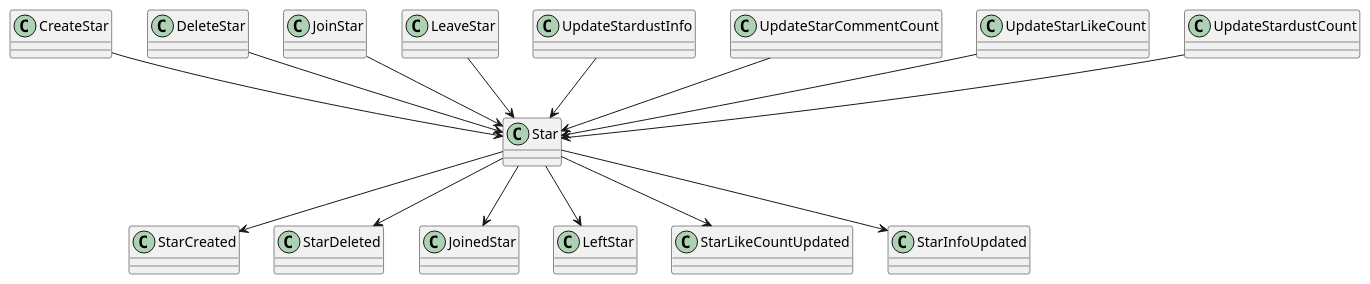
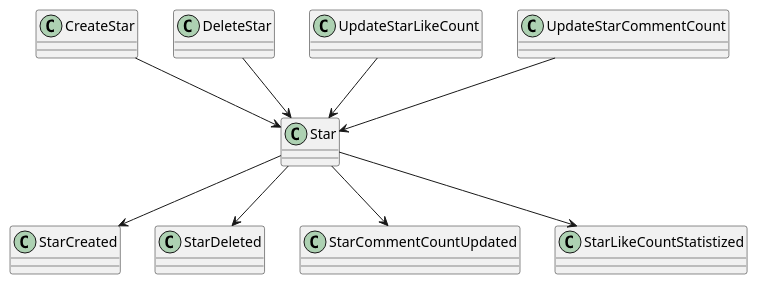
One commit to LDmoxeii/only4-KSP-cap4j changed the diagram in design/domain/star/relationCDE.puml. Above: the diagram before and after it, drawn with PlantUML. The commit also changed 26 other files, not shown here.

```diff
--- a/design/domain/star/relationCDE.puml
+++ b/design/domain/star/relationCDE.puml
@@ -1,18 +1,11 @@
 @startuml
 CreateStar                      -down-> Star
 DeleteStar                      -down-> Star
-JoinStar                        -down-> Star
-LeaveStar                       -down-> Star
-UpdateStardustInfo              -down-> Star
+UpdateStarLikeCount             -down-> Star
 UpdateStarCommentCount          -down-> Star
-UpdateStarLikeCount             -down-> Star
-UpdateStardustCount             -down-> Star
 
 Star -down-> StarCreated
 Star -down-> StarDeleted
-Star -down-> JoinedStar
-Star -down-> LeftStar
-Star -down-> StarLikeCountUpdated
-Star -down-> StarInfoUpdated
-
+Star -down-> StarCommentCountUpdated
+Star -down-> StarLikeCountStatistized
 @enduml
```
